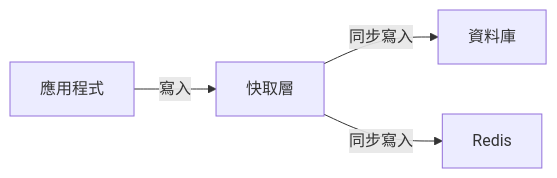
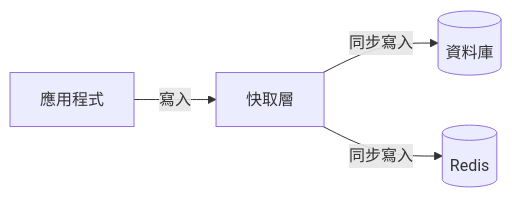
Before and after one commit to chihhung/Blog: diagram 11 of 30 in content/posts/教學/工具/Redis教學手冊.md, drawn with Mermaid. The commit also changed other lines of this file and 10 other files, not shown here.

````diff
--- a/content/posts/教學/工具/Redis教學手冊.md
+++ b/content/posts/教學/工具/Redis教學手冊.md
@@ -1264,6 +2102,6 @@
 ```mermaid
 flowchart LR
     A[應用程式] -->|寫入| B[快取層]
-    B -->|同步寫入| C[資料庫]
-    B -->|同步寫入| D[Redis]
+    B -->|同步寫入| C[(資料庫)]
+    B -->|同步寫入| D[(Redis)]
 ```
````
